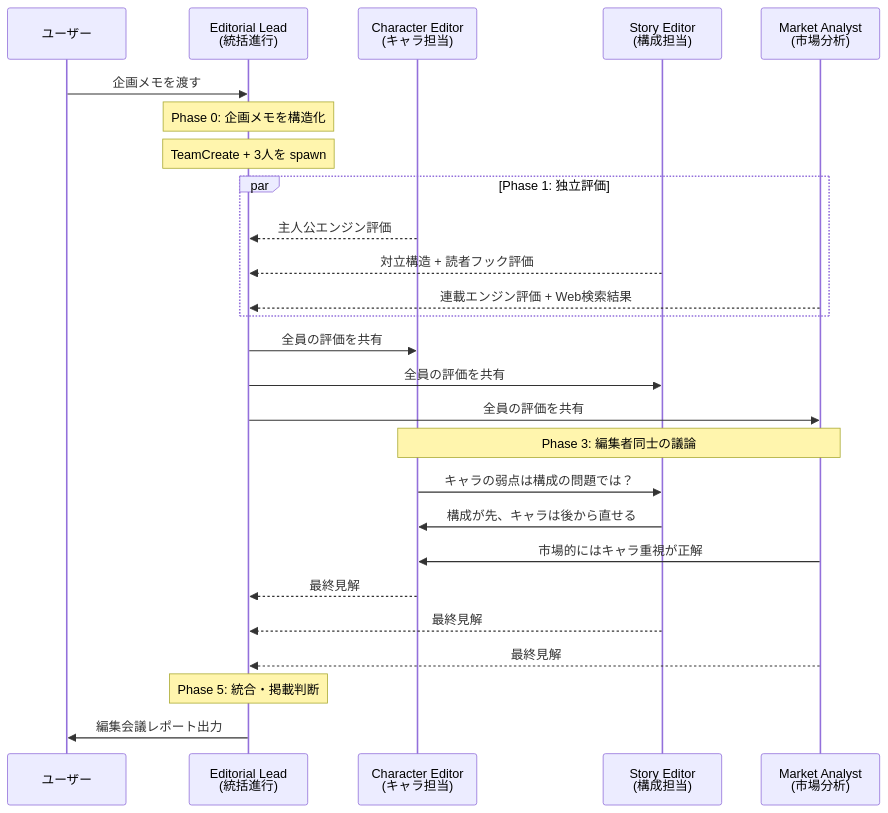
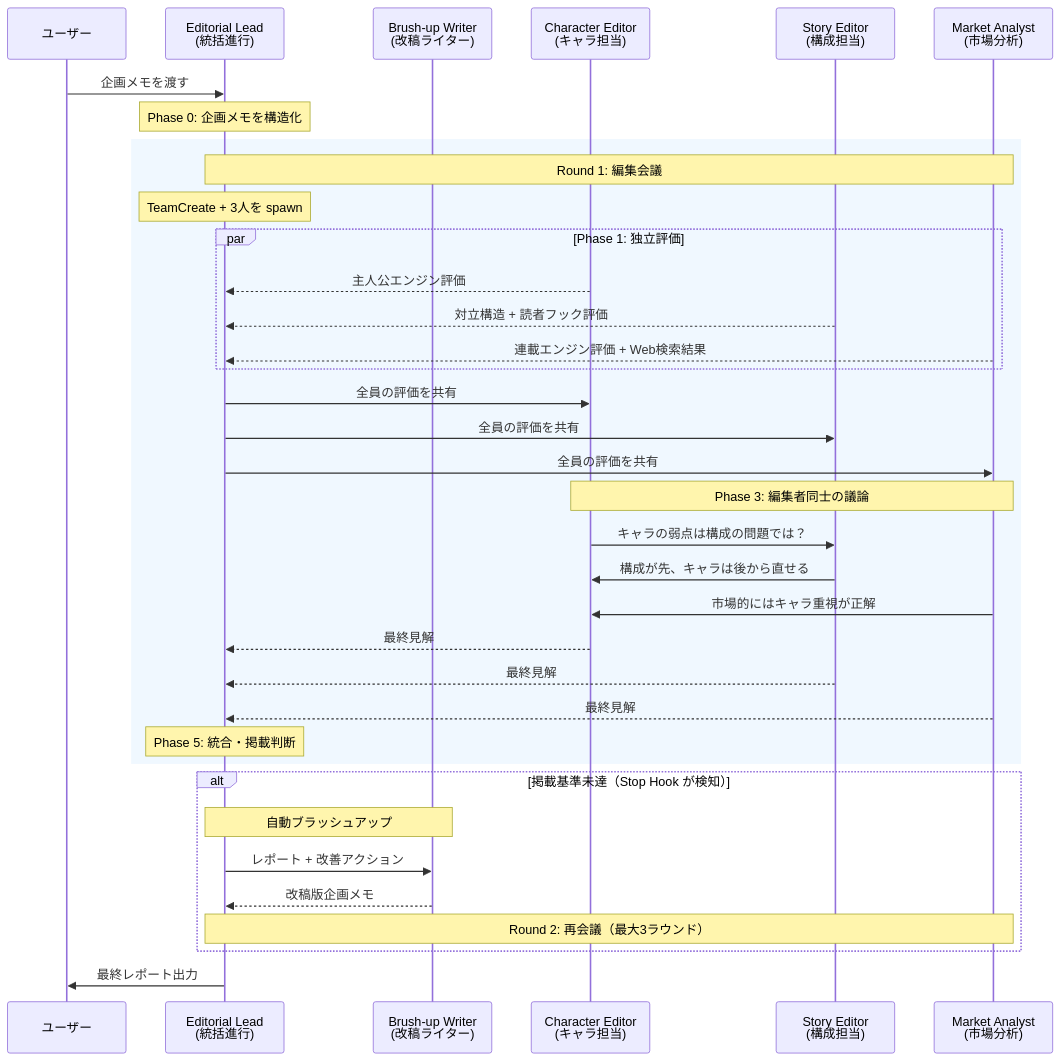
The diagram in README.md (KIRIKO-HirokiSato/manga-editorial), drawn with Mermaid before and after one commit. The commit also changed other lines of this file and 9 other files, not shown here.

````diff
--- a/README.md
+++ b/README.md
@@ -68,34 +95,47 @@
 ```mermaid
 sequenceDiagram
     participant U as ユーザー
     participant TL as Editorial Lead<br>(統括進行)
+    participant BW as Brush-up Writer<br>(改稿ライター)
     participant CH as Character Editor<br>(キャラ担当)
     participant ST as Story Editor<br>(構成担当)
     participant MA as Market Analyst<br>(市場分析)
 
     U->>TL: 企画メモを渡す
     Note over TL: Phase 0: 企画メモを構造化
-    Note over TL: TeamCreate + 3人を spawn
 
-    par Phase 1: 独立評価
-        CH-->>TL: 主人公エンジン評価
-        ST-->>TL: 対立構造 + 読者フック評価
-        MA-->>TL: 連載エンジン評価 + Web検索結果
+    rect rgb(240, 248, 255)
+        Note over TL,MA: Round 1: 編集会議
+        Note over TL: TeamCreate + 3人を spawn
+
+        par Phase 1: 独立評価
+            CH-->>TL: 主人公エンジン評価
+            ST-->>TL: 対立構造 + 読者フック評価
+            MA-->>TL: 連載エンジン評価 + Web検索結果
+        end
+
+        TL->>CH: 全員の評価を共有
+        TL->>ST: 全員の評価を共有
+        TL->>MA: 全員の評価を共有
+
+        Note over CH,MA: Phase 3: 編集者同士の議論
+        CH->>ST: キャラの弱点は構成の問題では？
+        ST->>CH: 構成が先、キャラは後から直せる
+        MA->>CH: 市場的にはキャラ重視が正解
+
+        CH-->>TL: 最終見解
+        ST-->>TL: 最終見解
+        MA-->>TL: 最終見解
+
+        Note over TL: Phase 5: 統合・掲載判断
     end
 
-    TL->>CH: 全員の評価を共有
-    TL->>ST: 全員の評価を共有
-    TL->>MA: 全員の評価を共有
+    alt 掲載基準未達（Stop Hook が検知）
+        Note over TL,BW: 自動ブラッシュアップ
+        TL->>BW: レポート + 改善アクション
+        BW-->>TL: 改稿版企画メモ
+        Note over TL,MA: Round 2: 再会議（最大3ラウンド）
+    end
 
-    Note over CH,MA: Phase 3: 編集者同士の議論
-    CH->>ST: キャラの弱点は構成の問題では？
-    ST->>CH: 構成が先、キャラは後から直せる
-    MA->>CH: 市場的にはキャラ重視が正解
-
-    CH-->>TL: 最終見解
-    ST-->>TL: 最終見解
-    MA-->>TL: 最終見解
-
-    Note over TL: Phase 5: 統合・掲載判断
-    TL->>U: 編集会議レポート出力
+    TL->>U: 最終レポート出力
 ```
````
